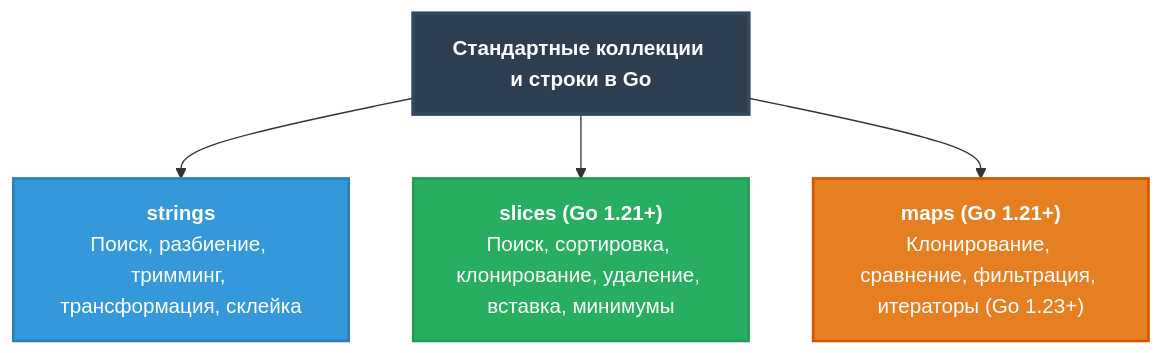
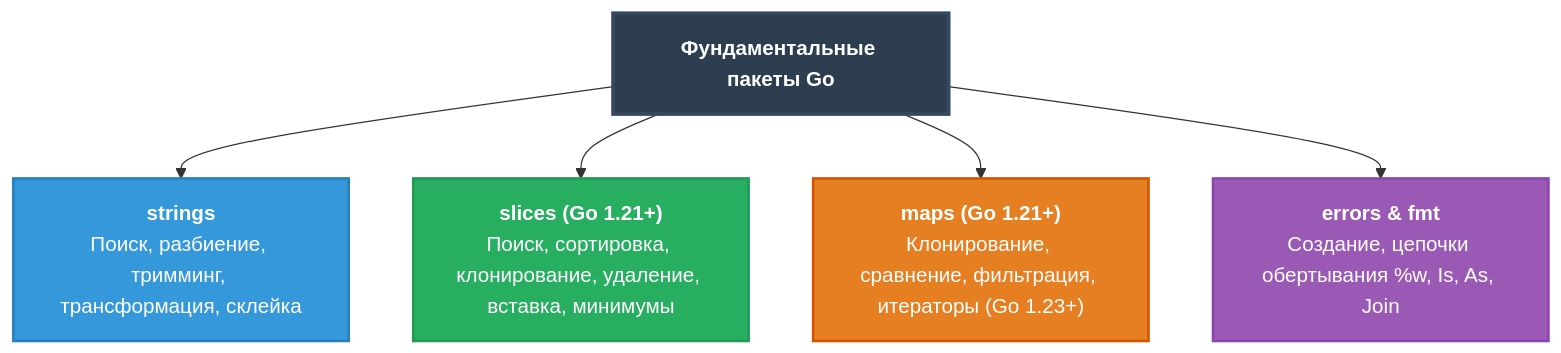
The diagram in go-documentation/go-std-collections-guide.md (Alex808r/go-production-engineering), drawn with Mermaid before and after one commit. The commit also changed other lines of this file and 1 other file, not shown here.

Commit message:
docs(errors): дополнить справочник разделом по пакету errors и fmt.Errorf

````diff
--- a/go-documentation/go-std-collections-guide.md
+++ b/go-documentation/go-std-collections-guide.md
@@ -10,11 +10,13 @@
 ```mermaid
 graph TD
-    A["<b>Стандартные коллекции и строки в Go</b>"] --> B["<b>strings</b><br/>Поиск, разбиение, тримминг, трансформация, склейка"]
+    A["<b>Фундаментальные пакеты Go</b>"] --> B["<b>strings</b><br/>Поиск, разбиение, тримминг, трансформация, склейка"]
     A --> C["<b>slices (Go 1.21+)</b><br/>Поиск, сортировка, клонирование, удаление, вставка, минимумы"]
     A --> D["<b>maps (Go 1.21+)</b><br/>Клонирование, сравнение, фильтрация, итераторы (Go 1.23+)"]
+    A --> E["<b>errors & fmt</b><br/>Создание, цепочки обертывания %w, Is, As, Join"]
 
     style A fill:#2c3e50,stroke:#34495e,stroke-width:3px,color:#fff
     style B fill:#3498db,stroke:#2980b9,stroke-width:2px,color:#fff
     style C fill:#27ae60,stroke:#229954,stroke-width:2px,color:#fff
     style D fill:#e67e22,stroke:#d35400,stroke-width:2px,color:#fff
+    style E fill:#9b59b6,stroke:#8e44ad,stroke-width:2px,color:#fff
 ```
````
